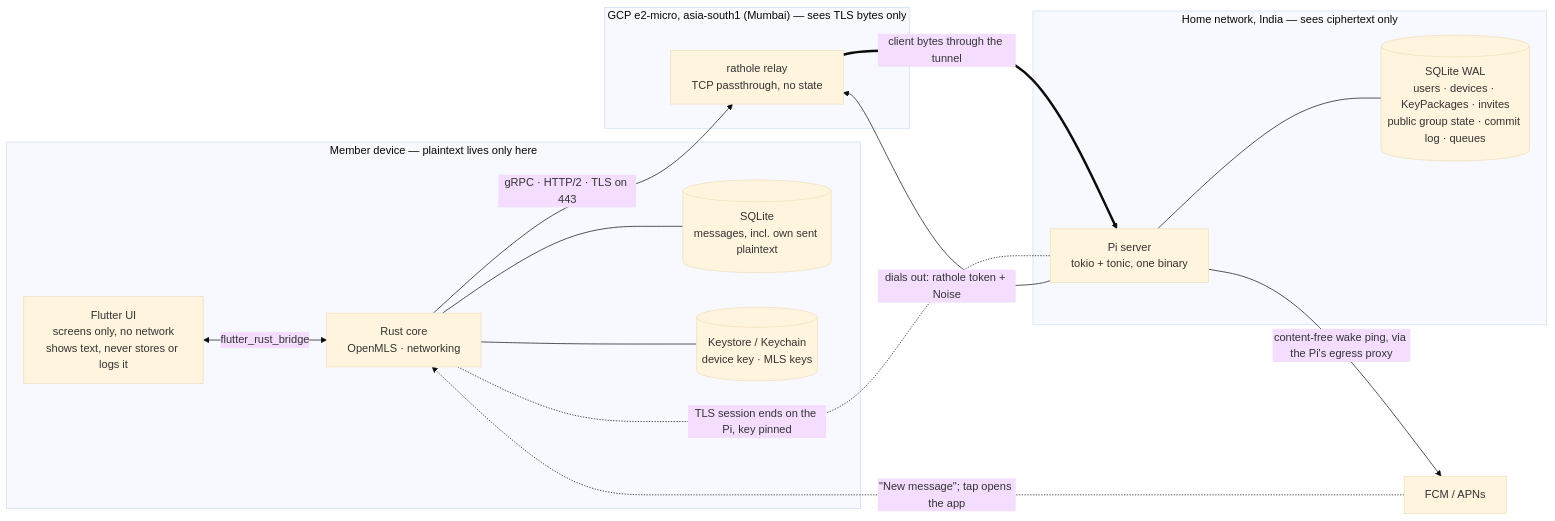
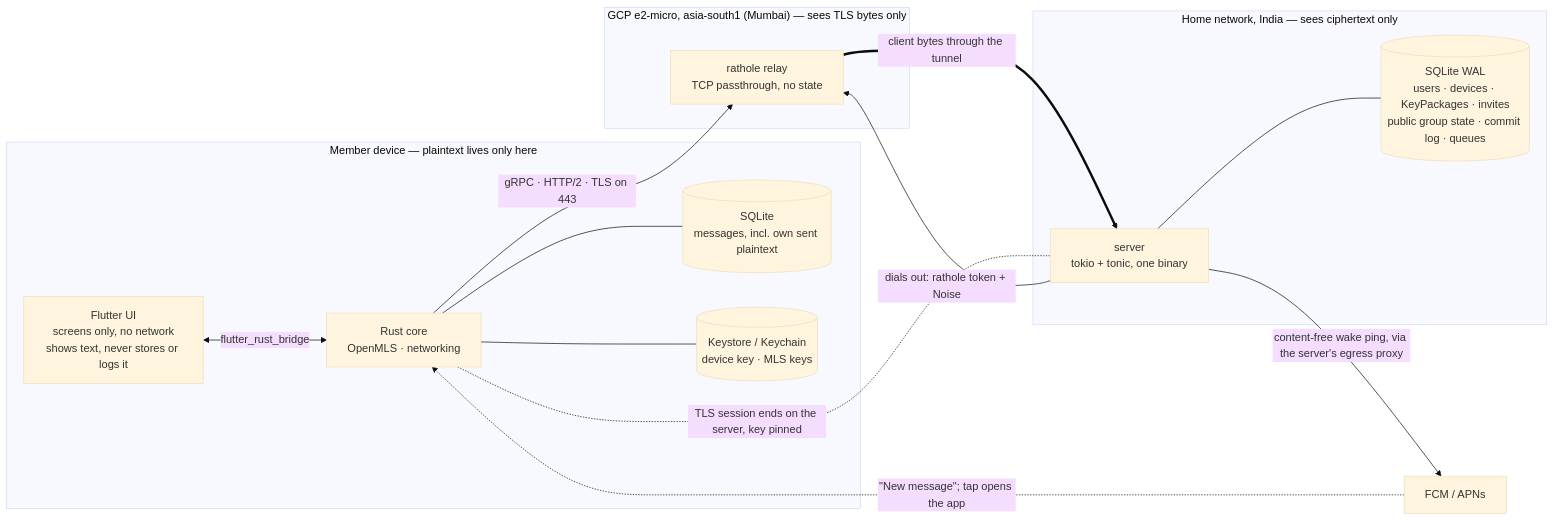
One commit to koppathachan/vyajena changed the first of 4 diagrams in docs/architecture-decisions.md. Above: the diagram before and after it, drawn with Mermaid (base theme). The commit also changed other lines of this file and 437 other files, not shown here.

````diff
--- a/docs/architecture-decisions.md
+++ b/docs/architecture-decisions.md
@@ -44,31 +44,31 @@
 ```mermaid
 flowchart LR
   subgraph device["Member device — plaintext lives only here"]
     ui["Flutter UI<br/>screens only, no network<br/>shows text, never stores or logs it"]
     core["Rust core<br/>OpenMLS · networking"]
     db[("SQLite<br/>messages, incl. own sent plaintext")]
     ks[("Keystore / Keychain<br/>device key · MLS keys")]
     ui <-->|"flutter_rust_bridge"| core
     core --- db
     core --- ks
   end
 
   subgraph gcp["GCP e2-micro, asia-south1 (Mumbai) — sees TLS bytes only"]
     relay["rathole relay<br/>TCP passthrough, no state"]
   end
 
   subgraph home["Home network, India — sees ciphertext only"]
-    pi["Pi server<br/>tokio + tonic, one binary"]
+    server["server<br/>tokio + tonic, one binary"]
     pidb[("SQLite WAL<br/>users · devices · KeyPackages · invites<br/>public group state · commit log · queues")]
-    pi --- pidb
+    server --- pidb
   end
 
   push["FCM / APNs"]
 
   core -->|"gRPC · HTTP/2 · TLS on 443"| relay
-  pi -->|"dials out: rathole token + Noise"| relay
-  relay ==>|"client bytes through the tunnel"| pi
-  core -. "TLS session ends on the Pi, key pinned" .- pi
-  pi -->|"content-free wake ping, via the Pi's egress proxy"| push
+  server -->|"dials out: rathole token + Noise"| relay
+  relay ==>|"client bytes through the tunnel"| server
+  core -. "TLS session ends on the server, key pinned" .- server
+  server -->|"content-free wake ping, via the server's egress proxy"| push
   push -.->|"&quot;New message&quot;; tap opens the app"| core
 ```
````
